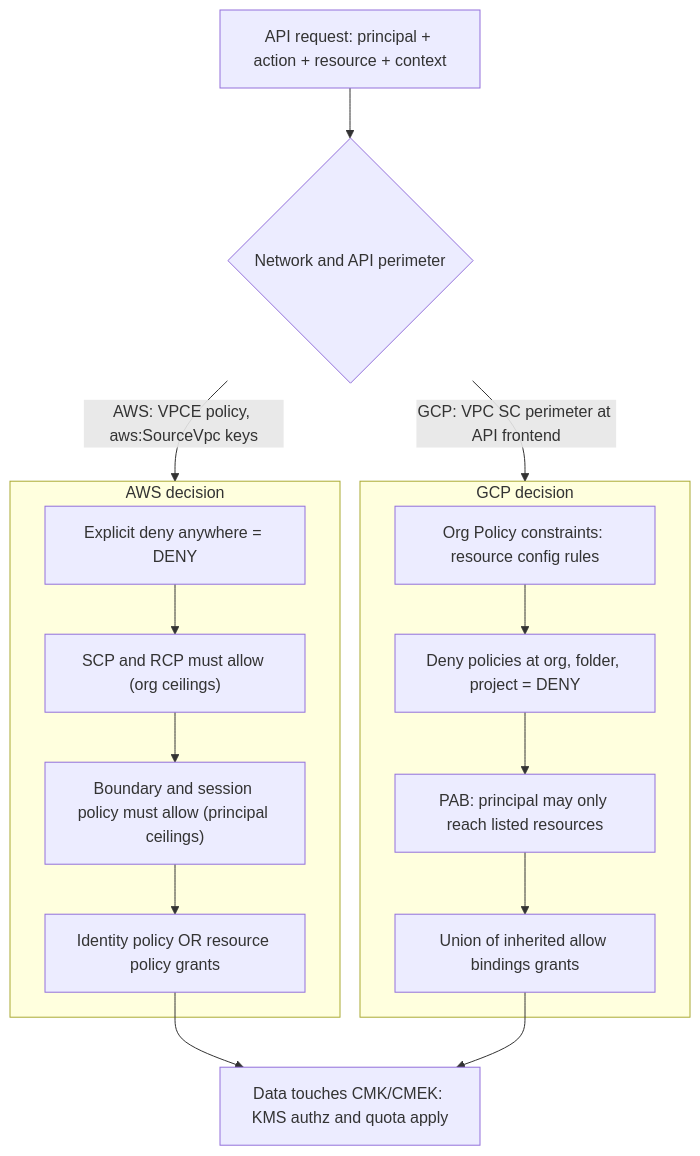
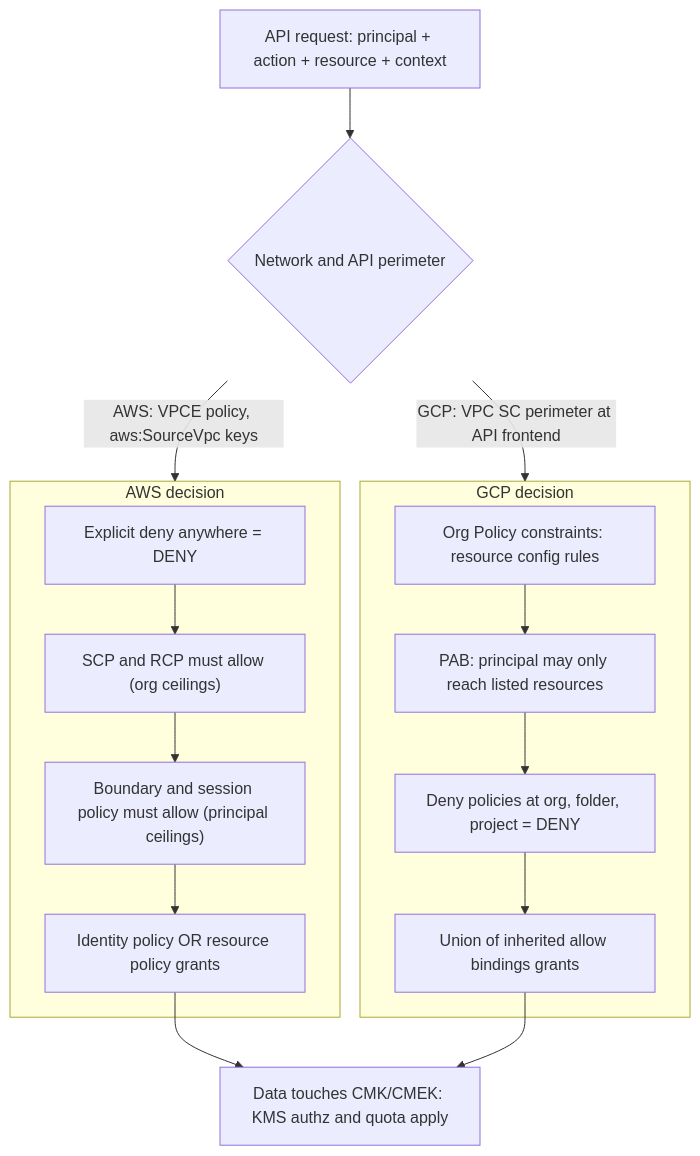
The diagram in 17-Cloud-AI-Engineering/Volume_04_AWS_vs_GCP_Translation/Chapter_03_Identity_Security_and_Governance_Translation.md (shreejitverma/SDE-Interview-Prep), drawn with Mermaid before and after one commit. The commit also changed other lines of this file and 143 other files, not shown here.

````diff
--- a/17-Cloud-AI-Engineering/Volume_04_AWS_vs_GCP_Translation/Chapter_03_Identity_Security_and_Governance_Translation.md
+++ b/17-Cloud-AI-Engineering/Volume_04_AWS_vs_GCP_Translation/Chapter_03_Identity_Security_and_Governance_Translation.md
@@ -39,22 +70,22 @@
 ```mermaid
 flowchart TD
     REQ["API request: principal + action + resource + context"] --> NET{"Network and API perimeter"}
     NET -->|"AWS: VPCE policy, aws:SourceVpc keys"| AWSZ
     NET -->|"GCP: VPC SC perimeter at API frontend"| GCPZ
     subgraph AWSZ["AWS decision"]
         A1["Explicit deny anywhere = DENY"]
         A2["SCP and RCP must allow (org ceilings)"]
         A3["Boundary and session policy must allow (principal ceilings)"]
         A4["Identity policy OR resource policy grants"]
         A1 --> A2 --> A3 --> A4
     end
     subgraph GCPZ["GCP decision"]
         G1["Org Policy constraints: resource config rules"]
-        G2["Deny policies at org, folder, project = DENY"]
-        G3["PAB: principal may only reach listed resources"]
+        G2["PAB: principal may only reach listed resources"]
+        G3["Deny policies at org, folder, project = DENY"]
         G4["Union of inherited allow bindings grants"]
         G1 --> G2 --> G3 --> G4
     end
     A4 --> KMS["Data touches CMK/CMEK: KMS authz and quota apply"]
     G4 --> KMS
 ```
````
